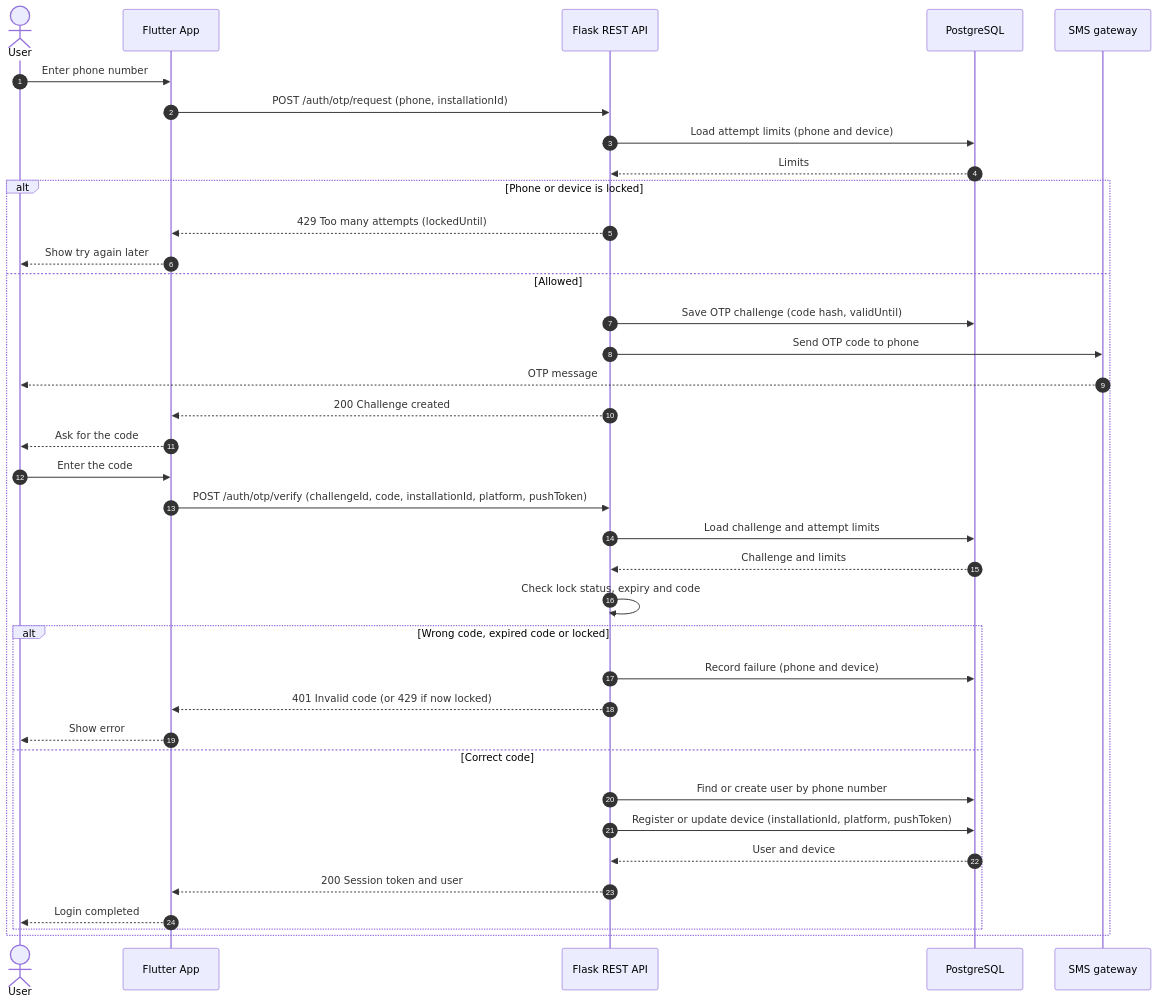
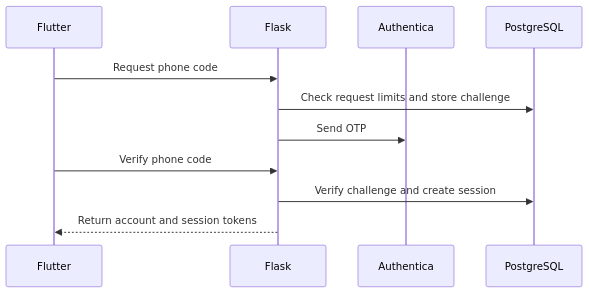
Before and after one commit to Alanoud-Aloraydi/TFAQUD-Portfolio: the fourth of 5 diagrams in docs/stage-3-technical-documentation.md, drawn with Mermaid. The commit also changed other lines of this file and 5 other files, not shown here.

````diff
--- a/docs/stage-3-technical-documentation.md
+++ b/docs/stage-3-technical-documentation.md
@@ -943,40 +89,13 @@
 ```mermaid
 sequenceDiagram
-    autonumber
-    actor U as User
-    participant App as Flutter App
-    participant API as Flask REST API
+    participant App as Flutter
+    participant API as Flask
+    participant SMS as Authentica
     participant DB as PostgreSQL
-    participant SMS as SMS gateway
-
-    U->>App: Enter phone number
-    App->>API: POST /auth/otp/request (phone, installationId)
-    API->>DB: Load attempt limits (phone and device)
-    DB-->>API: Limits
-    alt Phone or device is locked
-        API-->>App: 429 Too many attempts (lockedUntil)
-        App-->>U: Show try again later
-    else Allowed
-        API->>DB: Save OTP challenge (code hash, validUntil)
-        API->>SMS: Send OTP code to phone
-        SMS-->>U: OTP message
-        API-->>App: 200 Challenge created
-        App-->>U: Ask for the code
-        U->>App: Enter the code
-        App->>API: POST /auth/otp/verify (challengeId, code, installationId, platform, pushToken)
-        API->>DB: Load challenge and attempt limits
-        DB-->>API: Challenge and limits
-        API->>API: Check lock status, expiry and code
-        alt Wrong code, expired code or locked
-            API->>DB: Record failure (phone and device)
-            API-->>App: 401 Invalid code (or 429 if now locked)
-            App-->>U: Show error
-        else Correct code
-            API->>DB: Find or create user by phone number
-            API->>DB: Register or update device (installationId, platform, pushToken)
-            DB-->>API: User and device
-            API-->>App: 200 Session token and user
-            App-->>U: Login completed
-        end
-    end
+    App->>API: Request phone code
+    API->>DB: Check request limits and store challenge
+    API->>SMS: Send OTP
+    App->>API: Verify phone code
+    API->>DB: Verify challenge and create session
+    API-->>App: Return account and session tokens
 ```
````
